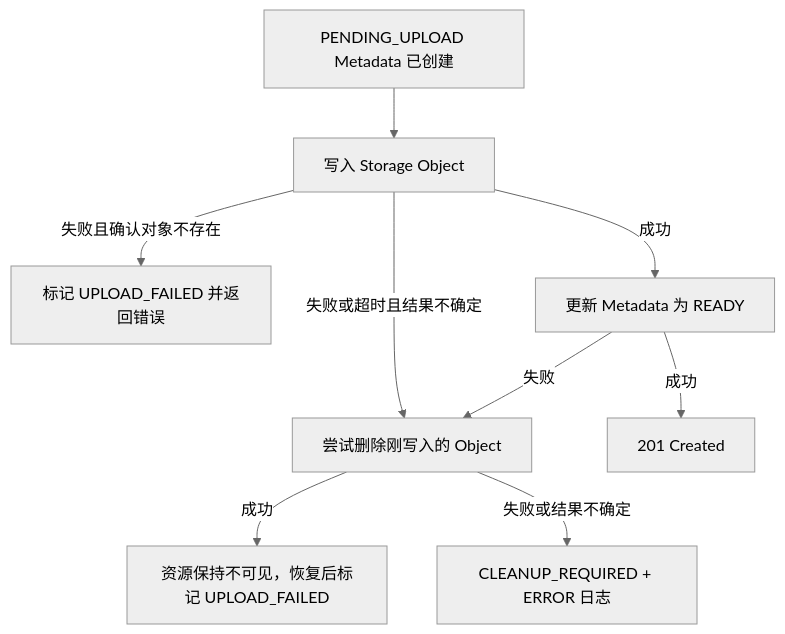
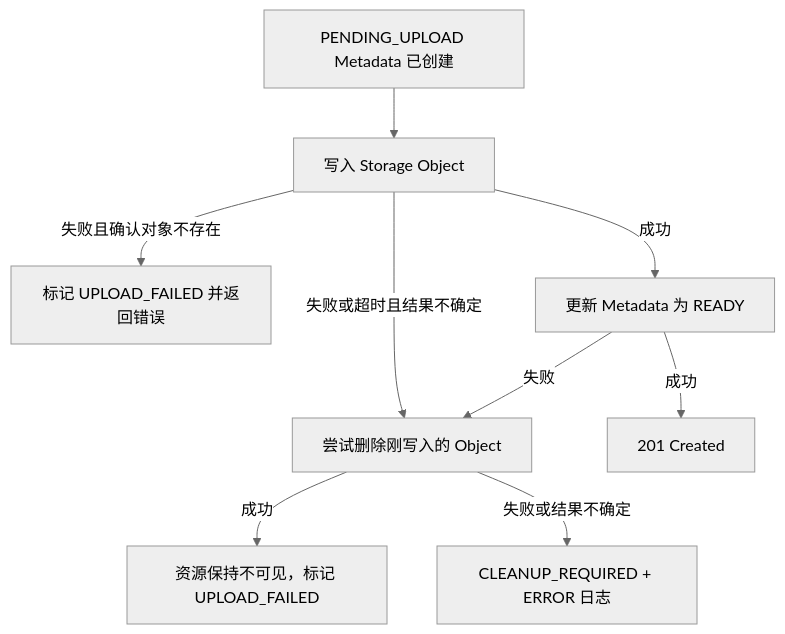
Before and after one commit to zhangguideServiceAPI/AI-Knowledge-Hub: the second of 4 diagrams in docs/architecture/storage-flow.md, drawn with Mermaid (neutral theme). The commit also changed other lines of this file and 16 other files, not shown here.

````diff
--- a/docs/architecture/storage-flow.md
+++ b/docs/architecture/storage-flow.md
@@ -32,11 +32,11 @@
 ```mermaid
 flowchart TD
     A["PENDING_UPLOAD Metadata 已创建"] --> B["写入 Storage Object"]
     B -->|失败且确认对象不存在| C["标记 UPLOAD_FAILED 并返回错误"]
     B -->|失败或超时且结果不确定| F
     B -->|成功| D["更新 Metadata 为 READY"]
     D -->|成功| E["201 Created"]
     D -->|失败| F["尝试删除刚写入的 Object"]
-    F -->|成功| G["资源保持不可见，恢复后标记 UPLOAD_FAILED"]
+    F -->|成功| G["资源保持不可见，标记 UPLOAD_FAILED"]
     F -->|失败或结果不确定| H["CLEANUP_REQUIRED + ERROR 日志"]
 ```
````
